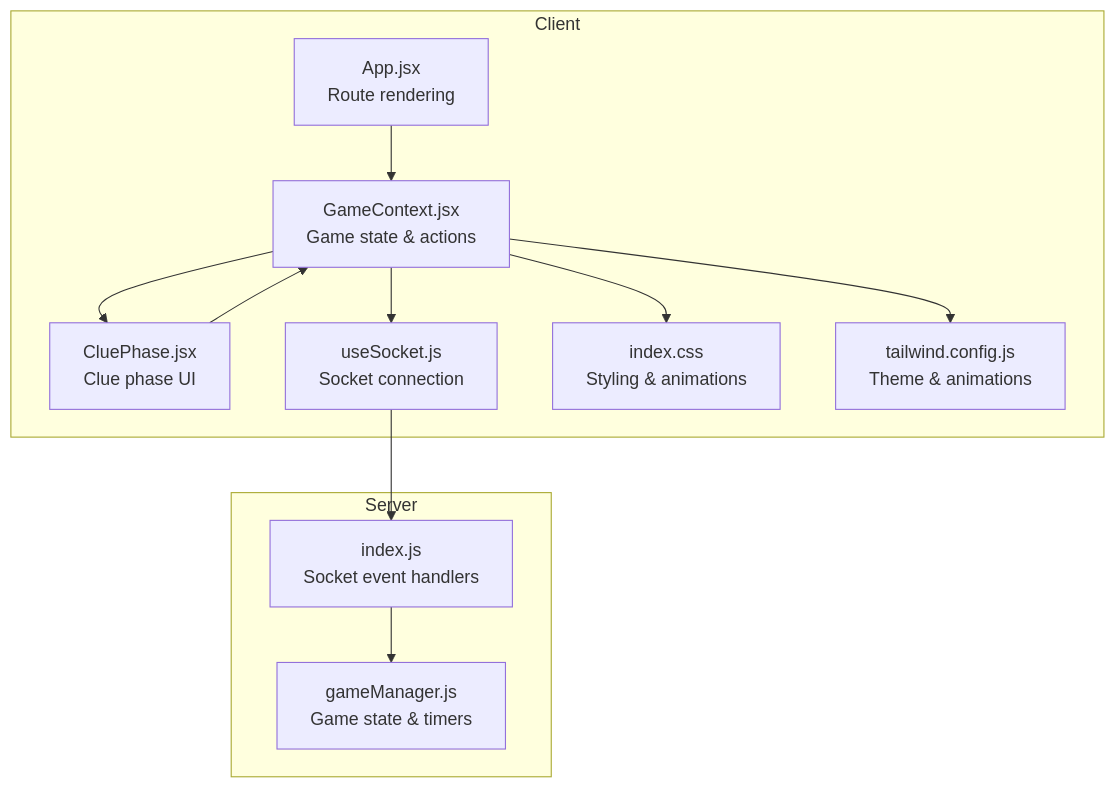
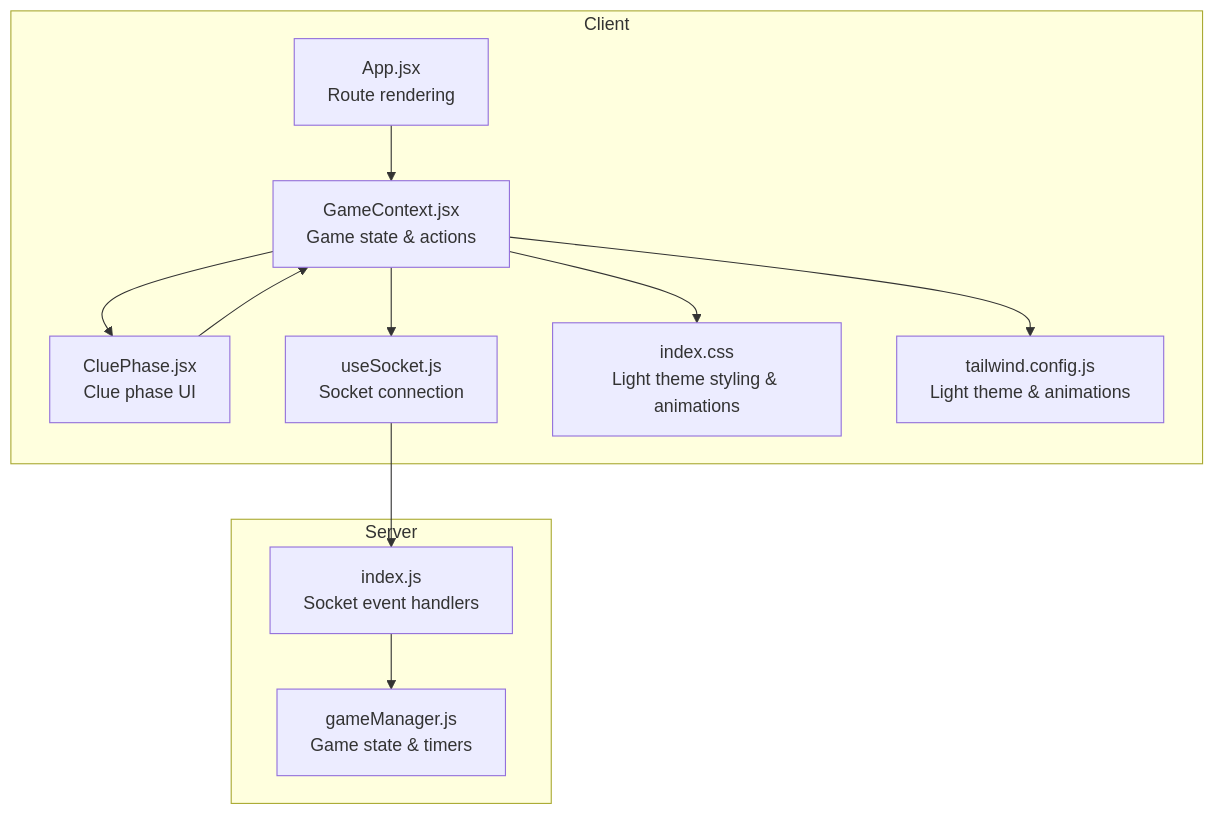
The first of 4 diagrams in .qoder/repowiki/en/content/Game Screens and UI Components/Clue Phase Screen.md (sparshgupta001/imposter_game), drawn with Mermaid before and after one commit. The commit also changed other lines of this file and 22 other files, not shown here.

````diff
--- a/.qoder/repowiki/en/content/Game Screens and UI Components/Clue Phase Screen.md
+++ b/.qoder/repowiki/en/content/Game Screens and UI Components/Clue Phase Screen.md
@@ -32,23 +42,23 @@
 ```mermaid
 graph TB
 subgraph "Client"
 A["App.jsx<br/>Route rendering"]
 B["GameContext.jsx<br/>Game state & actions"]
 C["CluePhase.jsx<br/>Clue phase UI"]
 D["useSocket.js<br/>Socket connection"]
-E["index.css<br/>Styling & animations"]
-F["tailwind.config.js<br/>Theme & animations"]
+E["index.css<br/>Light theme styling & animations"]
+F["tailwind.config.js<br/>Light theme & animations"]
 end
 subgraph "Server"
 G["index.js<br/>Socket event handlers"]
 H["gameManager.js<br/>Game state & timers"]
 end
 A --> B
 B --> C
 B --> D
 C --> B
 D --> G
 G --> H
 B --> E
 B --> F
 ```
````
